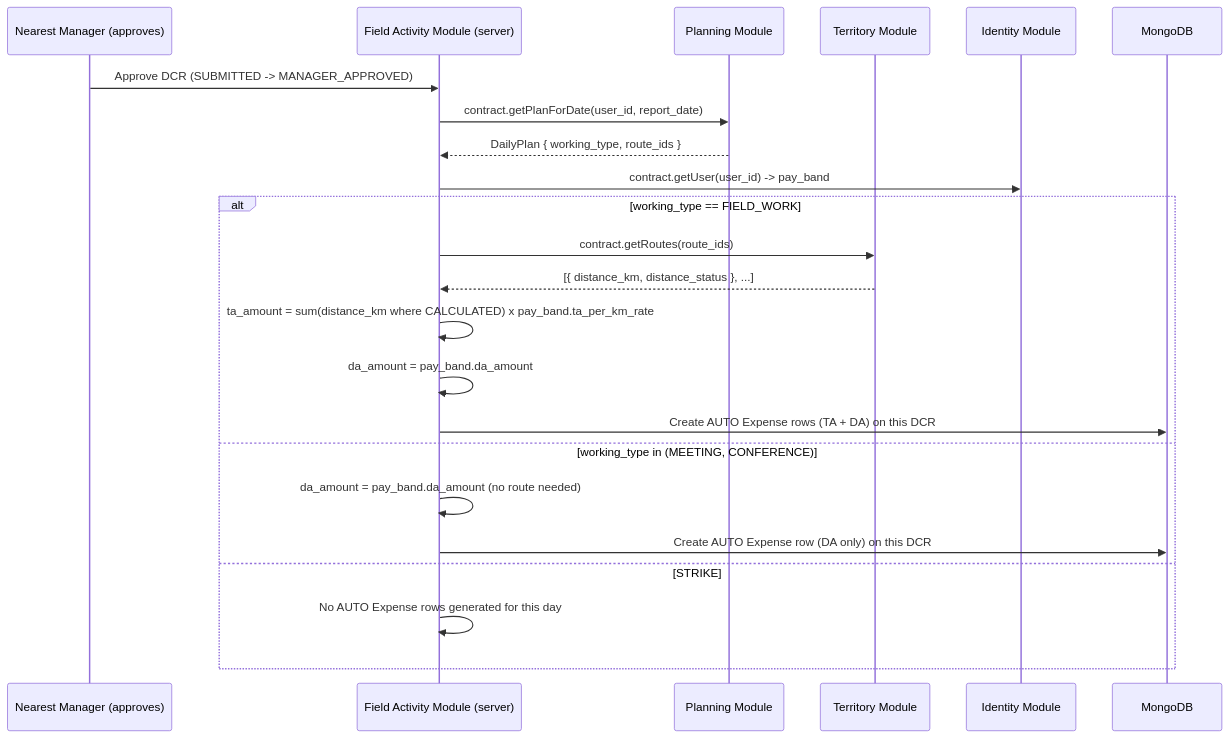
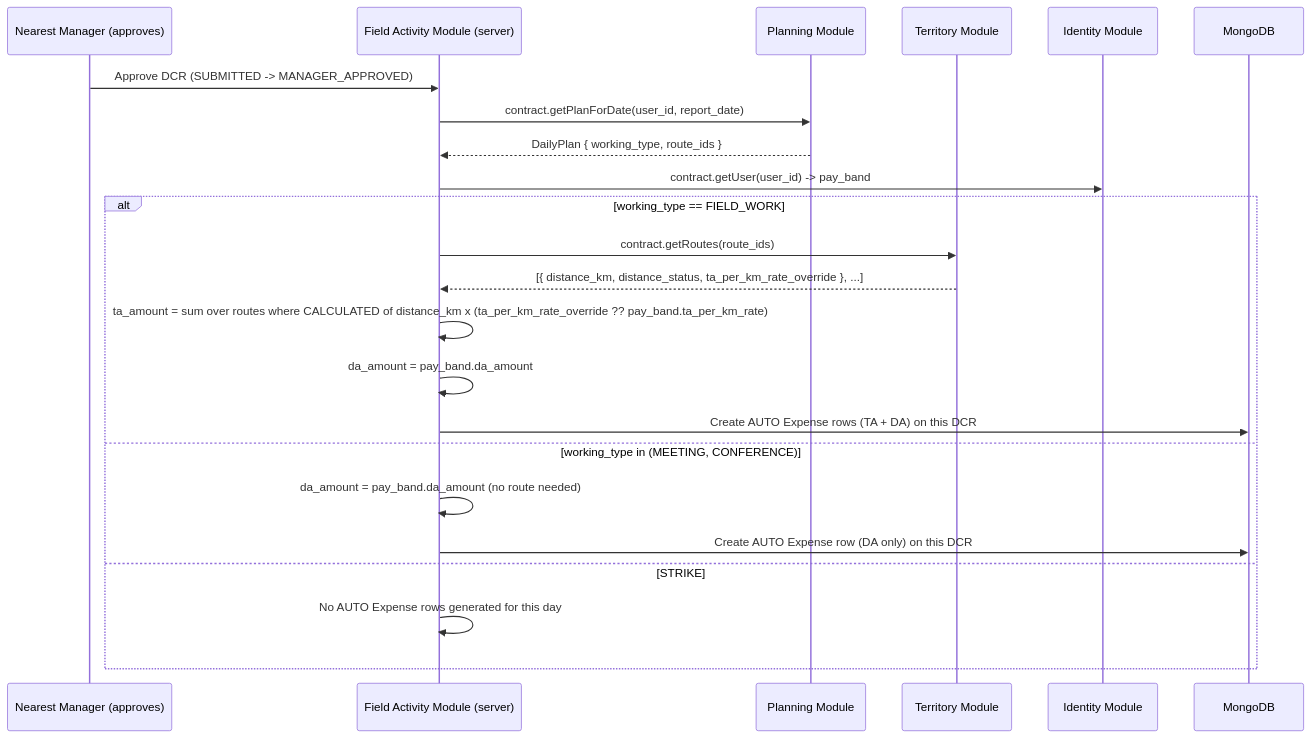
The diagram in docs/hld/06-ta-da-auto-calculation.md (reboot-ai-private-limited/greynote), drawn with Mermaid before and after one commit. The commit also changed other lines of this file and 5 other files, not shown here.

First line of the commit message:
docs: record the EmployeeProfile/ComplianceBlock split and TA rate override

````diff
--- a/docs/hld/06-ta-da-auto-calculation.md
+++ b/docs/hld/06-ta-da-auto-calculation.md
@@ -13,26 +13,26 @@
 ```mermaid
 sequenceDiagram
     participant Mgr as Nearest Manager (approves)
     participant FA as Field Activity Module (server)
     participant Planning as Planning Module
     participant Territory as Territory Module
     participant Identity as Identity Module
     participant DB as MongoDB
 
     Mgr->>FA: Approve DCR (SUBMITTED -> MANAGER_APPROVED)
     FA->>Planning: contract.getPlanForDate(user_id, report_date)
     Planning-->>FA: DailyPlan { working_type, route_ids }
     FA->>Identity: contract.getUser(user_id) -> pay_band
     alt working_type == FIELD_WORK
         FA->>Territory: contract.getRoutes(route_ids)
-        Territory-->>FA: [{ distance_km, distance_status }, ...]
-        FA->>FA: ta_amount = sum(distance_km where CALCULATED) x pay_band.ta_per_km_rate
+        Territory-->>FA: [{ distance_km, distance_status, ta_per_km_rate_override }, ...]
+        FA->>FA: ta_amount = sum over routes where CALCULATED of distance_km x (ta_per_km_rate_override ?? pay_band.ta_per_km_rate)
         FA->>FA: da_amount = pay_band.da_amount
         FA->>DB: Create AUTO Expense rows (TA + DA) on this DCR
     else working_type in (MEETING, CONFERENCE)
         FA->>FA: da_amount = pay_band.da_amount (no route needed)
         FA->>DB: Create AUTO Expense row (DA only) on this DCR
     else STRIKE
         FA->>FA: No AUTO Expense rows generated for this day
     end
 ```
````
